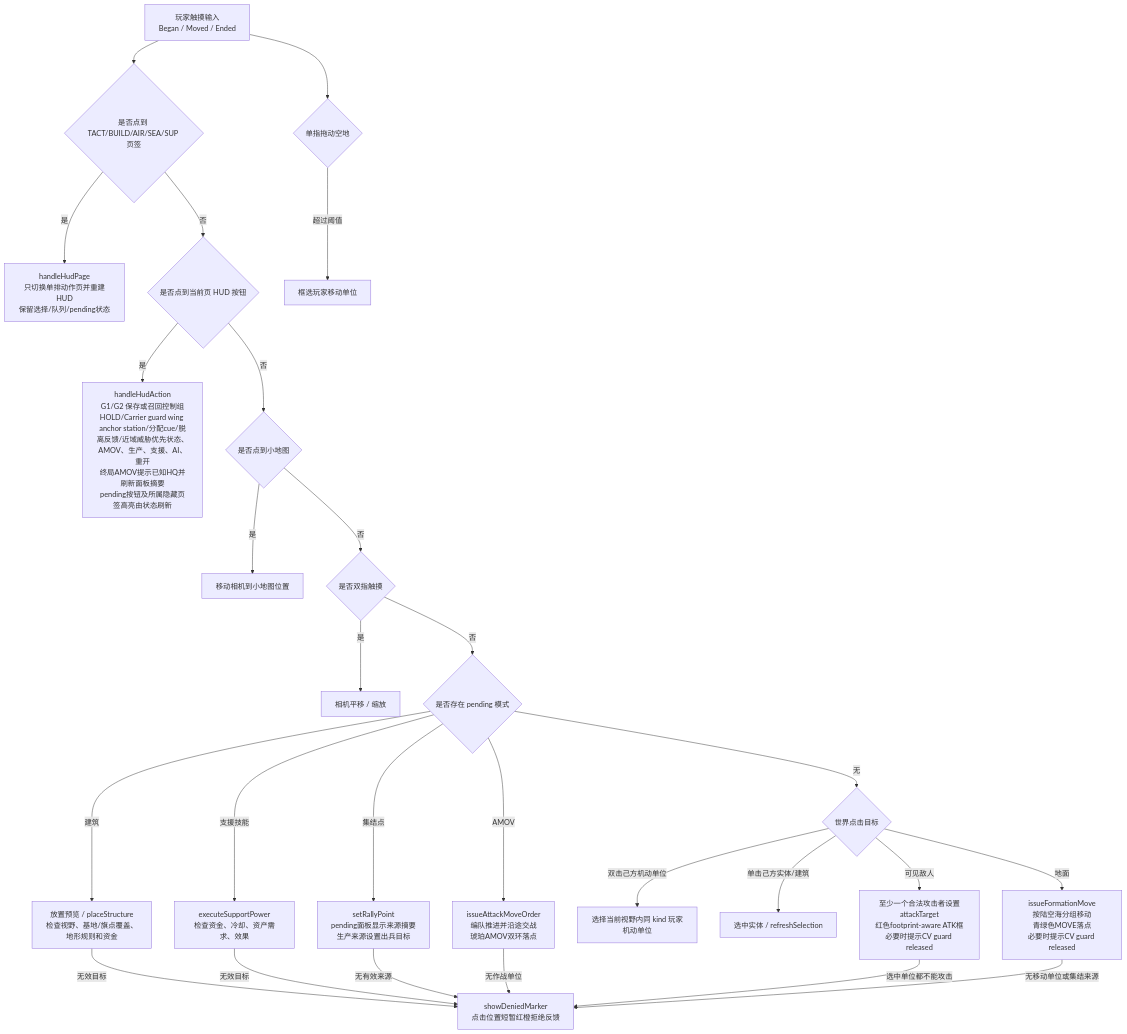
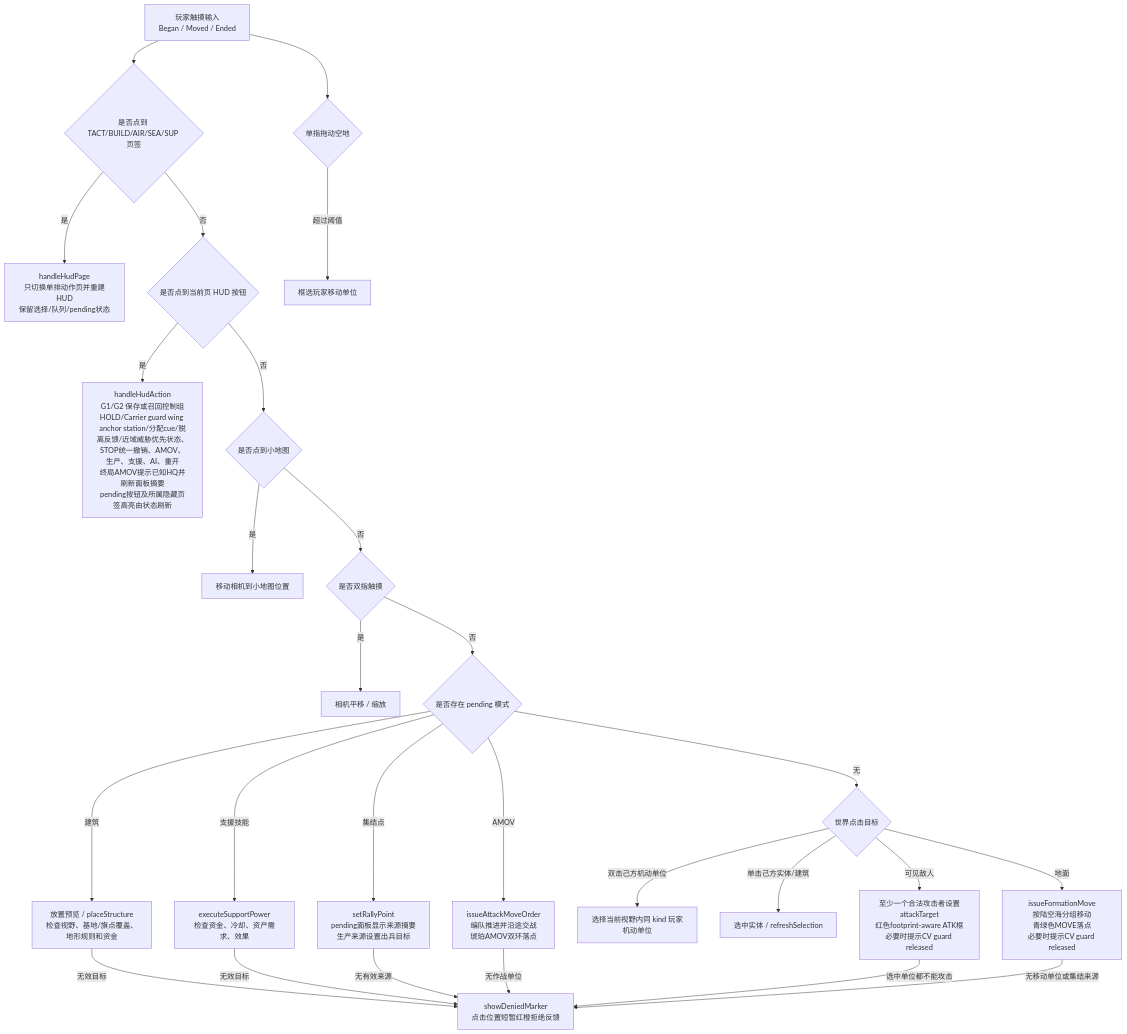
One commit to Altman-sam114/1145 changed the second of 3 diagrams in md/flow/flowchart.md. Above: the diagram before and after it, drawn with Mermaid. The commit also changed other lines of this file and 6 other files, not shown here.

````diff
--- a/md/flow/flowchart.md
+++ b/md/flow/flowchart.md
@@ -37,29 +37,29 @@
 ```mermaid
 flowchart TD
   Touch["玩家触摸输入\nBegan / Moved / Ended"] --> PageCheck{"是否点到 TACT/BUILD/AIR/SEA/SUP 页签"}
   PageCheck -- "是" --> PageSwitch["handleHudPage\n只切换单排动作页并重建HUD\n保留选择/队列/pending状态"]
   PageCheck -- "否" --> HUDCheck{"是否点到当前页 HUD 按钮"}
-  HUDCheck -- "是" --> HudAction["handleHudAction\nG1/G2 保存或召回控制组\nHOLD/Carrier guard wing anchor station/分配cue/脱离反馈/近域威胁优先状态、AMOV、生产、支援、AI、重开\n终局AMOV提示已知HQ并刷新面板摘要\npending按钮及所属隐藏页签高亮由状态刷新"]
+  HUDCheck -- "是" --> HudAction["handleHudAction\nG1/G2 保存或召回控制组\nHOLD/Carrier guard wing anchor station/分配cue/脱离反馈/近域威胁优先状态、STOP统一撤销、AMOV、生产、支援、AI、重开\n终局AMOV提示已知HQ并刷新面板摘要\npending按钮及所属隐藏页签高亮由状态刷新"]
   HUDCheck -- "否" --> MiniMap{"是否点到小地图"}
   MiniMap -- "是" --> Camera["移动相机到小地图位置"]
   MiniMap -- "否" --> MultiTouch{"是否双指触摸"}
   MultiTouch -- "是" --> PanZoom["相机平移 / 缩放"]
   MultiTouch -- "否" --> Pending{"是否存在 pending 模式"}
   Pending -- "建筑" --> Place["放置预览 / placeStructure\n检查视野、基地/旗点覆盖、地形规则和资金"]
   Pending -- "支援技能" --> Support["executeSupportPower\n检查资金、冷却、资产需求、效果"]
   Pending -- "集结点" --> Rally["setRallyPoint\npending面板显示来源摘要\n生产来源设置出兵目标"]
   Pending -- "AMOV" --> AttackMove["issueAttackMoveOrder\n编队推进并沿途交战\n琥珀AMOV双环落点"]
   Place -- "无效目标" --> Denied["showDeniedMarker\n点击位置短暂红橙拒绝反馈"]
   Support -- "无效目标" --> Denied
   Rally -- "无有效来源" --> Denied
   AttackMove -- "无作战单位" --> Denied
   Pending -- "无" --> WorldTap{"世界点击目标"}
   WorldTap -- "双击己方机动单位" --> TypeSelect["选择当前视野内同 kind 玩家机动单位"]
   WorldTap -- "单击己方实体/建筑" --> Select["选中实体 / refreshSelection"]
   WorldTap -- "可见敌人" --> Attack["至少一个合法攻击者设置attackTarget\n红色footprint-aware ATK框\n必要时提示CV guard released"]
   WorldTap -- "地面" --> Move["issueFormationMove\n按陆空海分组移动\n青绿色MOVE落点\n必要时提示CV guard released"]
   Attack -- "选中单位都不能攻击" --> Denied
   Move -- "无移动单位或集结来源" --> Denied
   Touch --> Drag{"单指拖动空地"}
   Drag -- "超过阈值" --> Box["框选玩家移动单位"]
 ```
````
